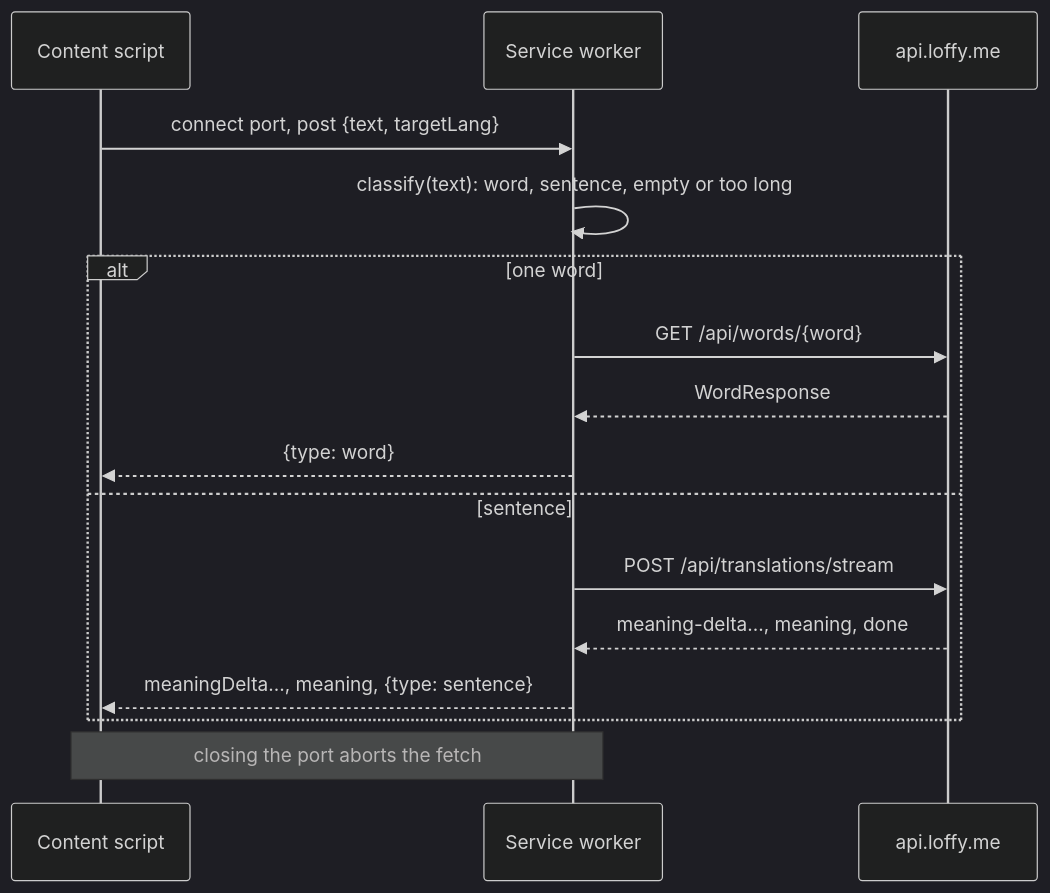
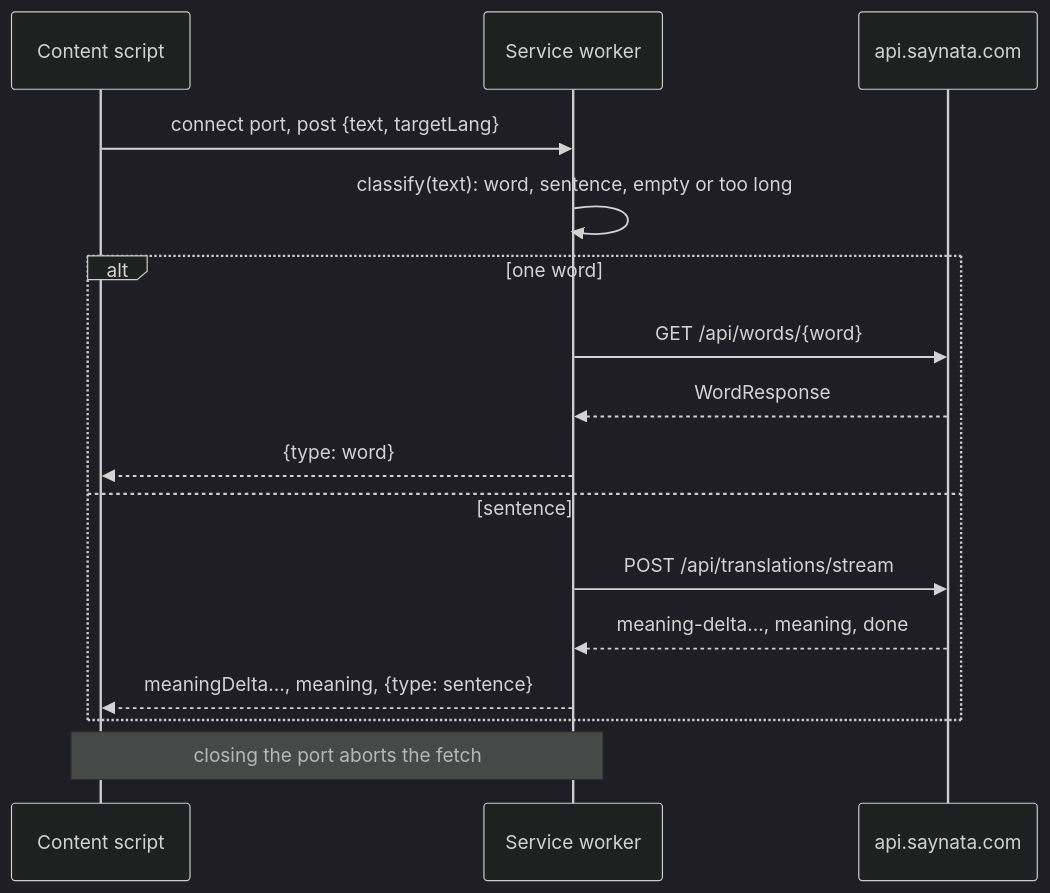
The second of 2 diagrams in backlog/docs/features/doc-19 - Browser-extension.md (tranphuocloc070699/saynata), drawn with Mermaid (dark theme) before and after one commit. The commit also changed other lines of this file and 50 other files, not shown here.

Commit message:
TASK-104: switch the code from loffy.me to saynata.com

````diff
--- a/backlog/docs/features/doc-19 - Browser-extension.md
+++ b/backlog/docs/features/doc-19 - Browser-extension.md
@@ -36,18 +36,18 @@
 ```mermaid
 sequenceDiagram
     participant CS as Content script
     participant SW as Service worker
-    participant API as api.loffy.me
+    participant API as api.saynata.com
     CS->>SW: connect port, post {text, targetLang}
     SW->>SW: classify(text): word, sentence, empty or too long
     alt one word
         SW->>API: GET /api/words/{word}
         API-->>SW: WordResponse
         SW-->>CS: {type: word}
     else sentence
         SW->>API: POST /api/translations/stream
         API-->>SW: meaning-delta..., meaning, done
         SW-->>CS: meaningDelta..., meaning, {type: sentence}
     end
     Note over CS,SW: closing the port aborts the fetch
 ```
````
